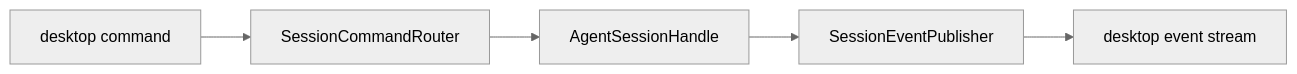
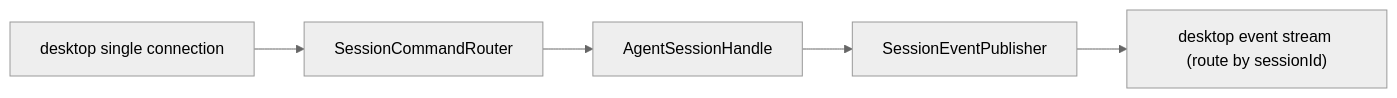
Before and after one commit to Lixuhang987/SpotAgent: the first of 2 diagrams in docs/superpowers/plans/2026-06-03-codex-style-three-layer-unidirectional-refactor.md, drawn with Mermaid (neutral theme). The commit also changed other lines of this file, not shown here.

Commit message:
docs: revise refactor plan for single connection routing

````diff
--- a/docs/superpowers/plans/2026-06-03-codex-style-three-layer-unidirectional-refactor.md
+++ b/docs/superpowers/plans/2026-06-03-codex-style-three-layer-unidirectional-refactor.md
@@ -455,7 +501,7 @@
 ```mermaid
 flowchart LR
-  UI[desktop command] --> Router[SessionCommandRouter]
+  UI[desktop single connection] --> Router[SessionCommandRouter]
   Router --> Handle[AgentSessionHandle]
   Handle --> Publisher[SessionEventPublisher]
-  Publisher --> UIEvents[desktop event stream]
+  Publisher --> UIEvents["desktop event stream (route by sessionId)"]
 ```
````
